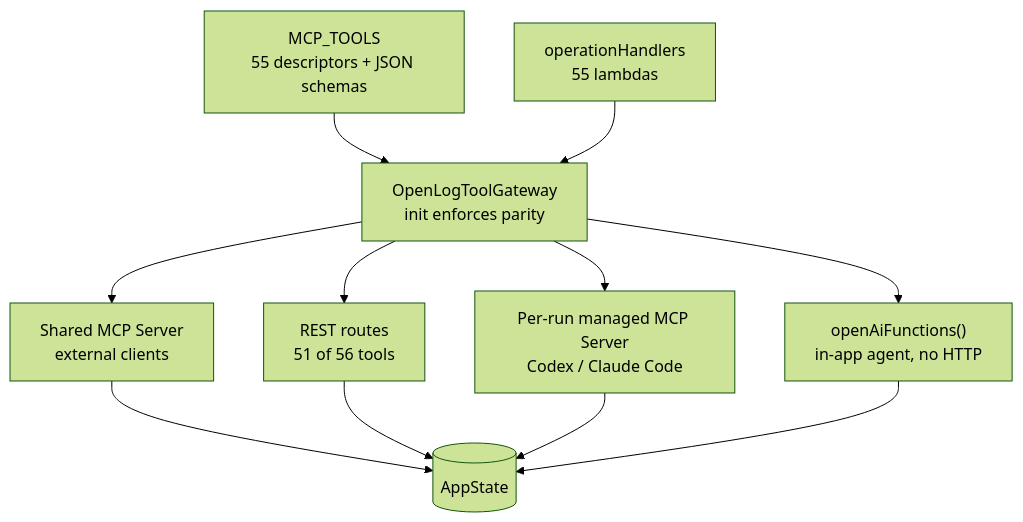
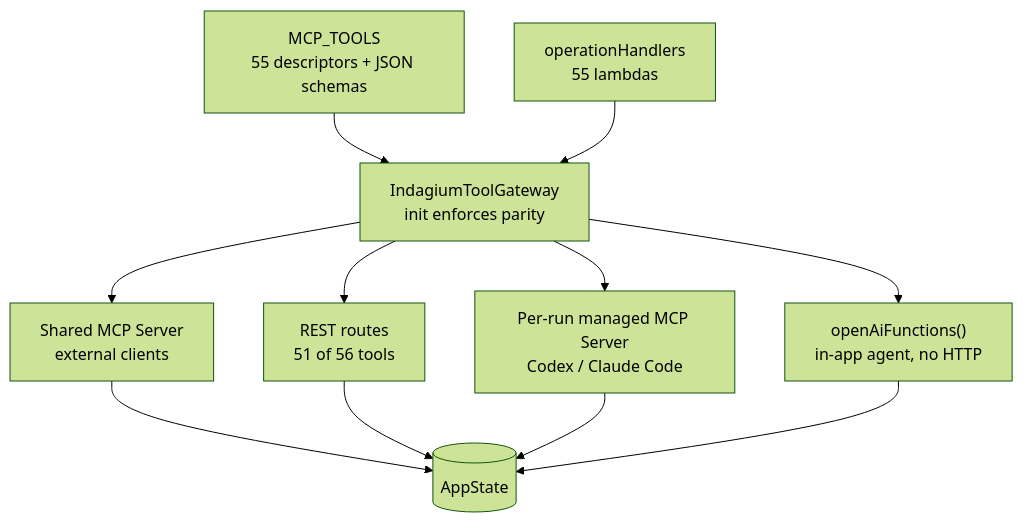
One commit to indagium/indagium changed the eighth of 14 diagrams in docs/SAAD.md. Above: the diagram before and after it, drawn with Mermaid (forest theme). The commit also changed other lines of this file and 20 other files, not shown here.

````diff
--- a/docs/SAAD.md
+++ b/docs/SAAD.md
@@ -1261,24 +1297,24 @@
 ```mermaid
 flowchart TB
     catalog["MCP_TOOLS<br/>55 descriptors + JSON schemas"]
     handlers["operationHandlers<br/>55 lambdas"]
-    gw["OpenLogToolGateway<br/>init enforces parity"]
+    gw["IndagiumToolGateway<br/>init enforces parity"]
 
     mcp["Shared MCP Server<br/>external clients"]
     rest["REST routes<br/>51 of 56 tools"]
     managed["Per-run managed MCP Server<br/>Codex / Claude Code"]
     fns["openAiFunctions()<br/>in-app agent, no HTTP"]
 
     state[("AppState")]
 
     catalog --> gw
     handlers --> gw
     gw --> mcp
     gw --> rest
     gw --> managed
     gw --> fns
     mcp --> state
     rest --> state
     managed --> state
     fns --> state
 ```
````
